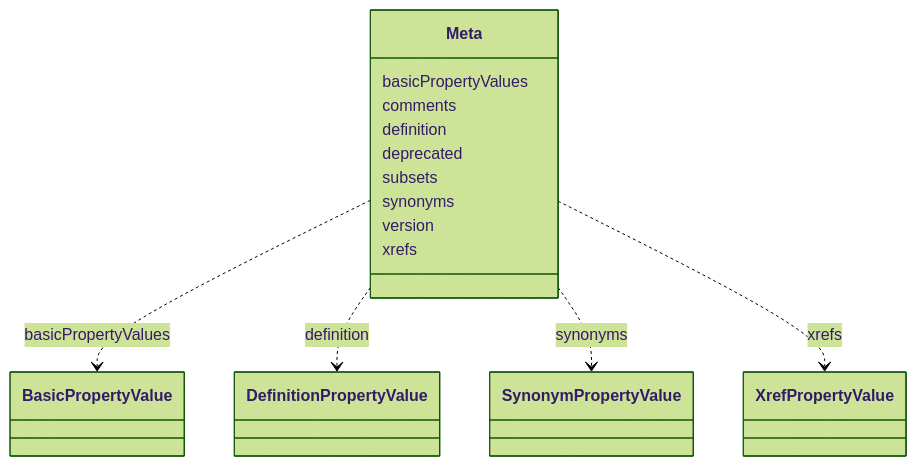
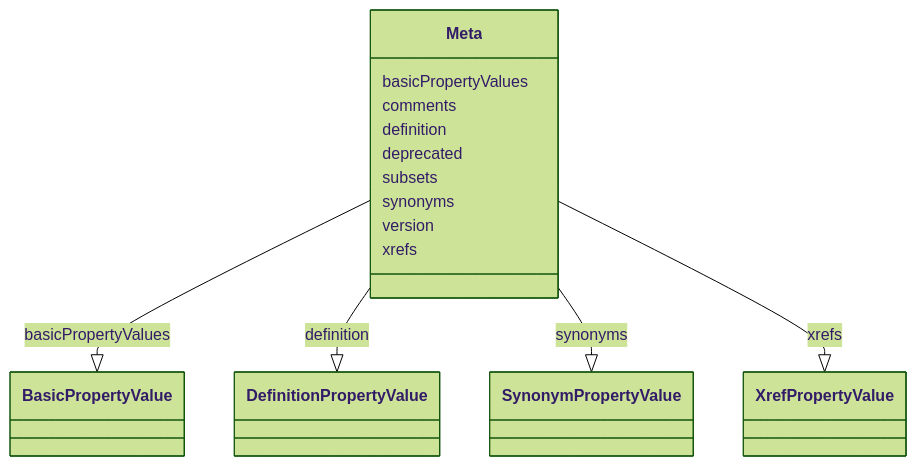
One commit to INCATools/ontology-access-kit changed the diagram in obograph/Meta.md. Above: the diagram before and after it, drawn with Mermaid (forest theme). The commit also changed other lines of this file and 3011 other files, not shown here.

````diff
--- a/obograph/Meta.md
+++ b/obograph/Meta.md
@@ -11,29 +14,29 @@
 ```{mermaid}
  classDiagram
     class Meta
       Meta : basicPropertyValues
         
-          Meta ..> BasicPropertyValue : basicPropertyValues
+          Meta --|> BasicPropertyValue : basicPropertyValues
         
       Meta : comments
         
       Meta : definition
         
-          Meta ..> DefinitionPropertyValue : definition
+          Meta --|> DefinitionPropertyValue : definition
         
       Meta : deprecated
         
       Meta : subsets
         
       Meta : synonyms
         
-          Meta ..> SynonymPropertyValue : synonyms
+          Meta --|> SynonymPropertyValue : synonyms
         
       Meta : version
         
       Meta : xrefs
         
-          Meta ..> XrefPropertyValue : xrefs
+          Meta --|> XrefPropertyValue : xrefs
         
       
 ```
````
